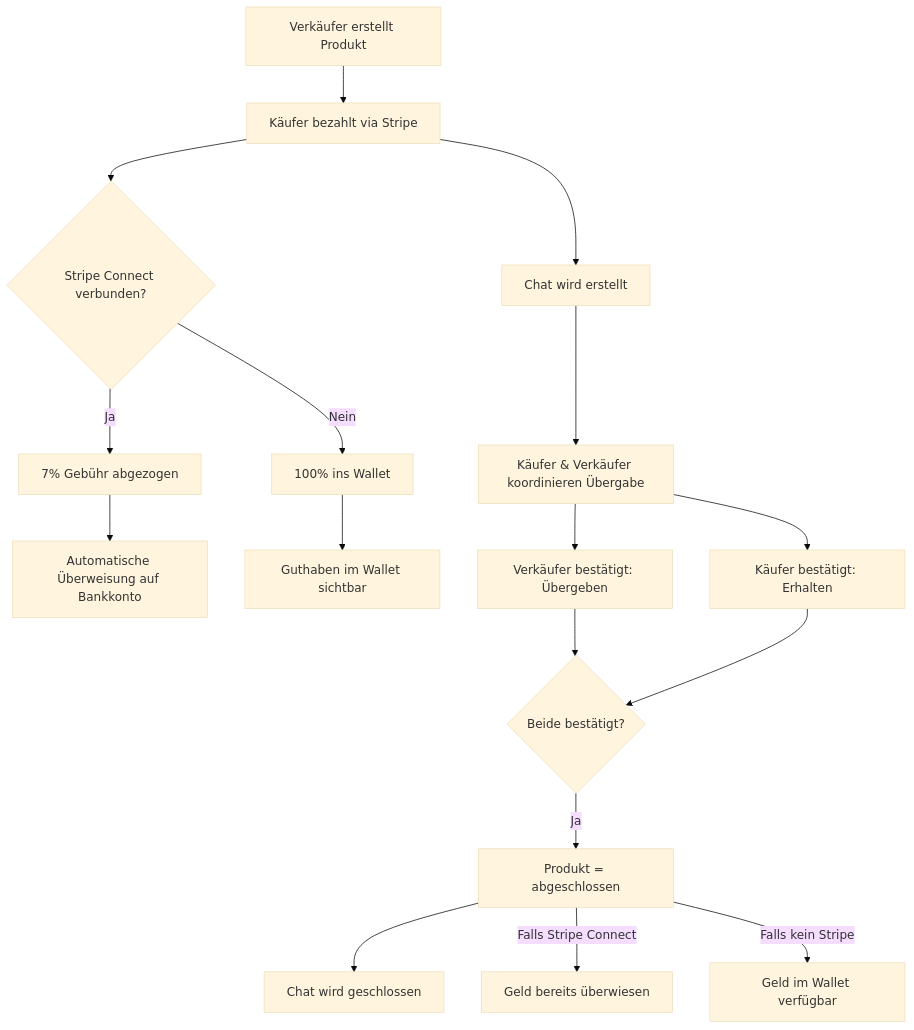
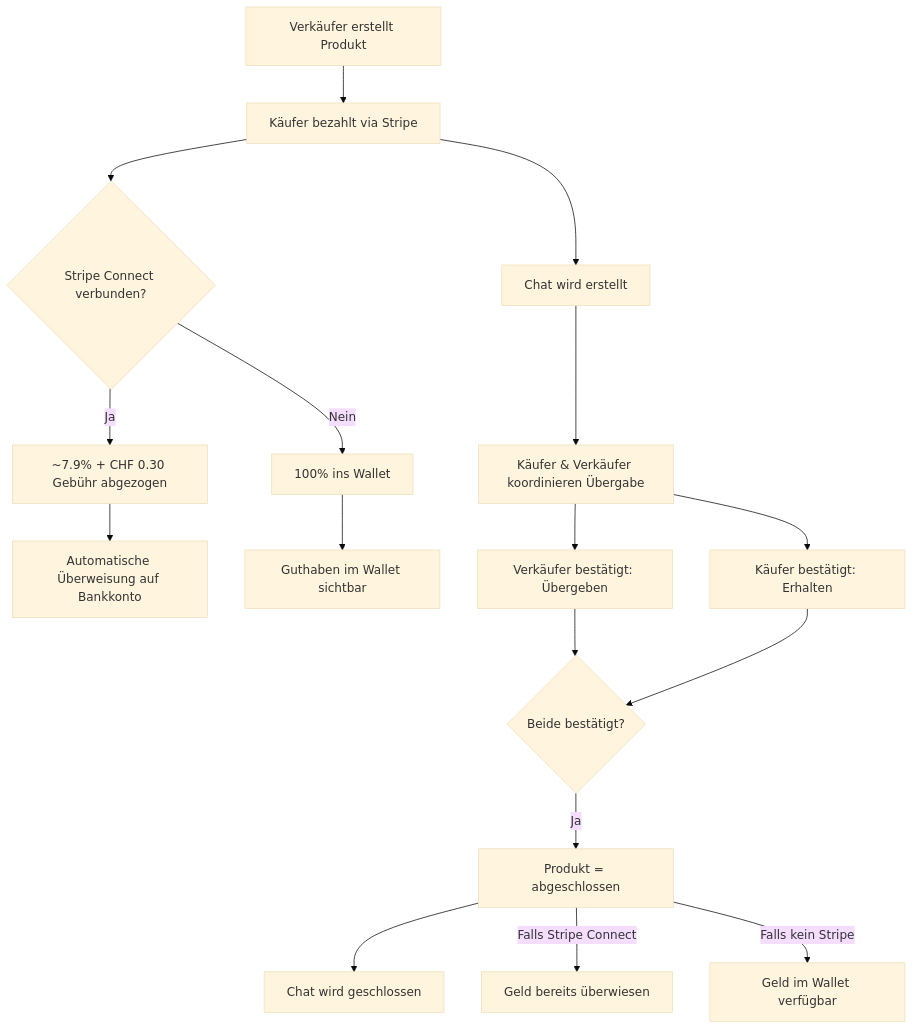
The diagram in README.md (MarioB06/studybuy), drawn with Mermaid (base theme) before and after one commit. The commit also changed other lines of this file and 2 other files, not shown here.

````diff
--- a/README.md
+++ b/README.md
@@ -97,19 +102,19 @@
 ```mermaid
 graph TD
     A[Verkäufer erstellt Produkt] --> B[Käufer bezahlt via Stripe]
     B --> C{Stripe Connect verbunden?}
-    C -->|Ja| D[7% Gebühr abgezogen]
+    C -->|Ja| D[~7.9% + CHF 0.30 Gebühr abgezogen]
     C -->|Nein| E[100% ins Wallet]
     D --> F[Automatische Überweisung auf Bankkonto]
     E --> G[Guthaben im Wallet sichtbar]
     B --> H[Chat wird erstellt]
     H --> I[Käufer & Verkäufer koordinieren Übergabe]
     I --> J[Verkäufer bestätigt: Übergeben]
     I --> K[Käufer bestätigt: Erhalten]
     J --> L{Beide bestätigt?}
     K --> L
     L -->|Ja| M[Produkt = abgeschlossen]
     M --> N[Chat wird geschlossen]
     M -->|Falls Stripe Connect| O[Geld bereits überwiesen]
     M -->|Falls kein Stripe| P[Geld im Wallet verfügbar]
 ```
````
